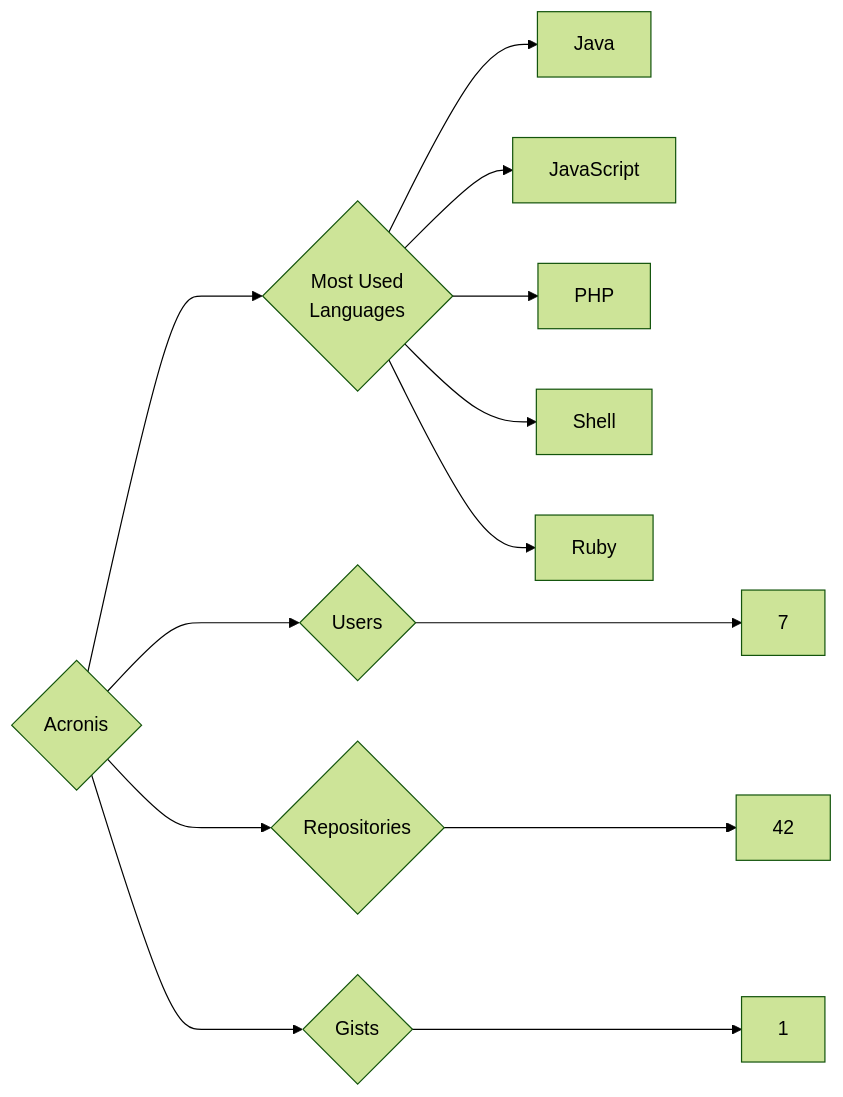
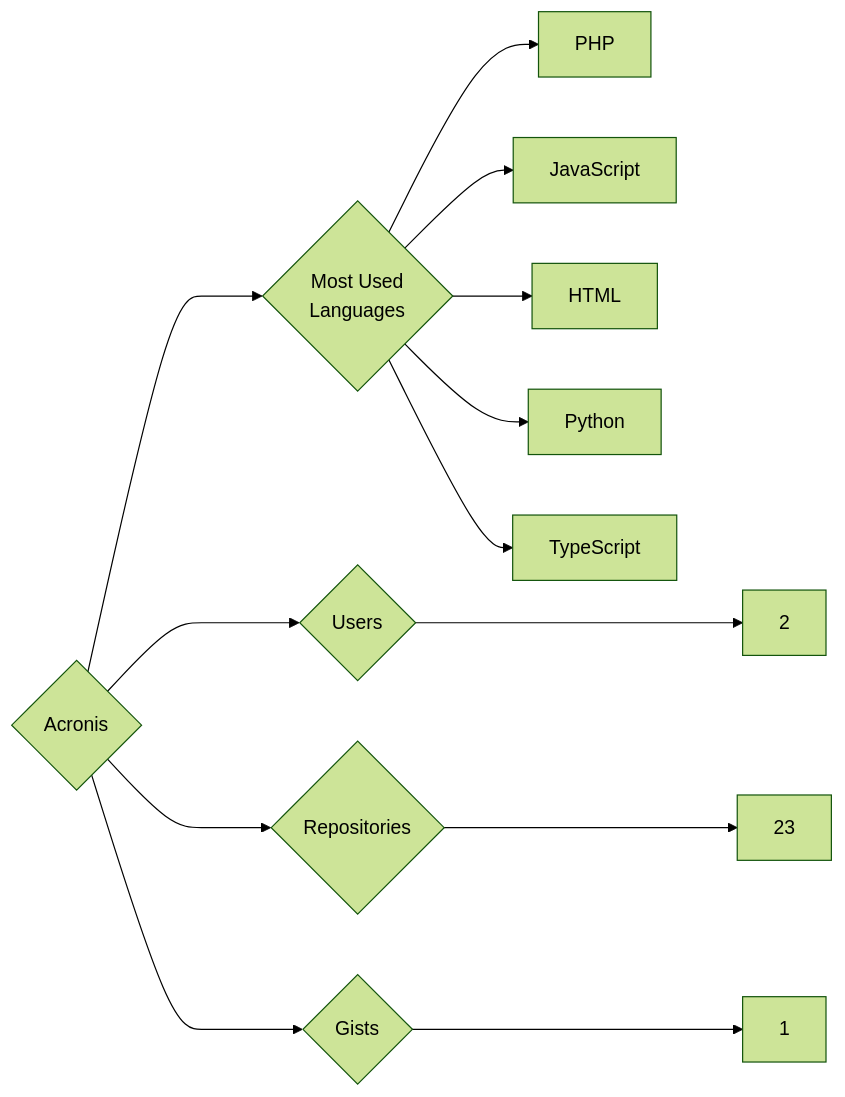
Before and after one commit to trickest/insiders: the diagram in targets/Acronis/README.md, drawn with Mermaid (forest theme). The commit also changed 857 other files, not shown here.

````diff
--- a/targets/Acronis/README.md
+++ b/targets/Acronis/README.md
@@ -3,13 +3,13 @@
 ```mermaid
 graph LR
 COMPANY_NAME{Acronis}
-COMPANY_NAME ---> U{Users} ---> UN[7]
-COMPANY_NAME ---> R{Repositories} ---> RN[42]
+COMPANY_NAME ---> U{Users} ---> UN[2]
+COMPANY_NAME ---> R{Repositories} ---> RN[23]
 COMPANY_NAME ---> G{Gists} ---> GN[1]
 COMPANY_NAME ---> ML{Most Used<br>Languages}
-ML --> Java[Java]
+ML --> PHP[PHP]
 ML --> JavaScript[JavaScript]
-ML --> PHP[PHP]
-ML --> Shell[Shell]
-ML --> Ruby[Ruby]
+ML --> HTML[HTML]
+ML --> Python[Python]
+ML --> TypeScript[TypeScript]
 ```
````
